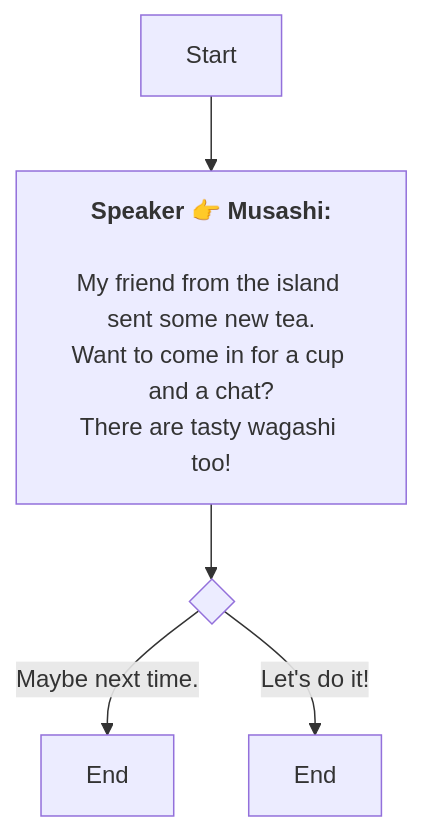
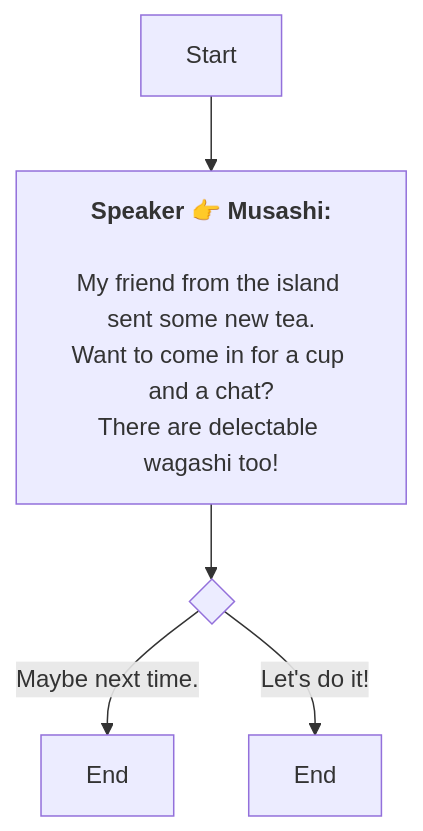
The diagram in En/QuestTalkObjectiveNode_1752158487408039.md (SoftHu/tos_avg), drawn with Mermaid before and after one commit. The commit also changed 297 other files, not shown here.

````diff
--- a/En/QuestTalkObjectiveNode_1752158487408039.md
+++ b/En/QuestTalkObjectiveNode_1752158487408039.md
@@ -1,12 +1,12 @@
 ```mermaid
 graph
 Start -->1752158612056490[<b>Speaker 👉 Musashi:</b>
 
 My friend from the island sent some new tea.
 Want to come in for a cup and a chat?
-There are tasty wagashi too!]
+There are delectable wagashi too!]
 1752158612056490 -->1752158678165931{ }
 1752158678165931 -->|Maybe next time.|1752158699124145[End]
 1752158678165931 -->|Let's do it!|1752158694624688[End]
 
  ```
````
